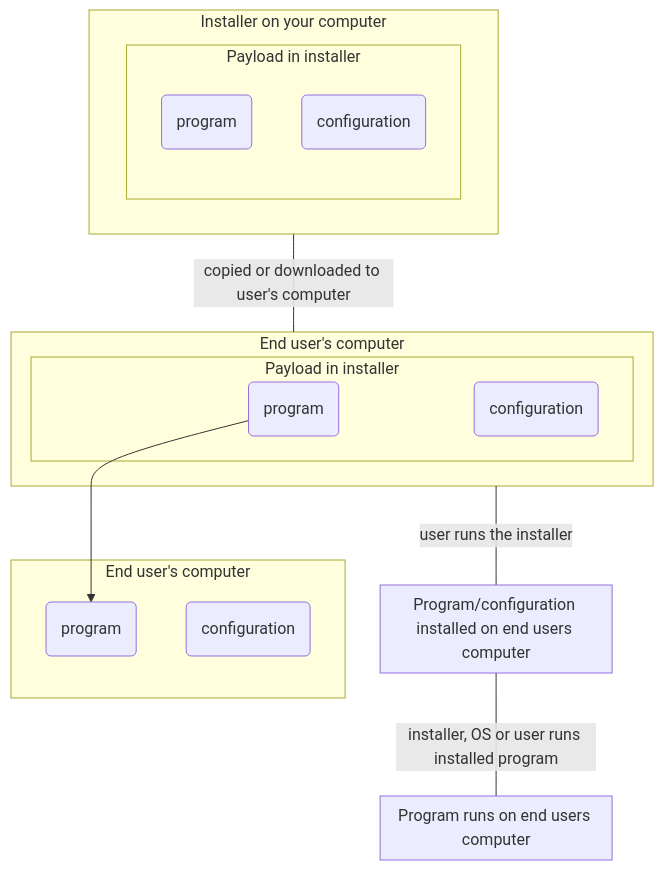
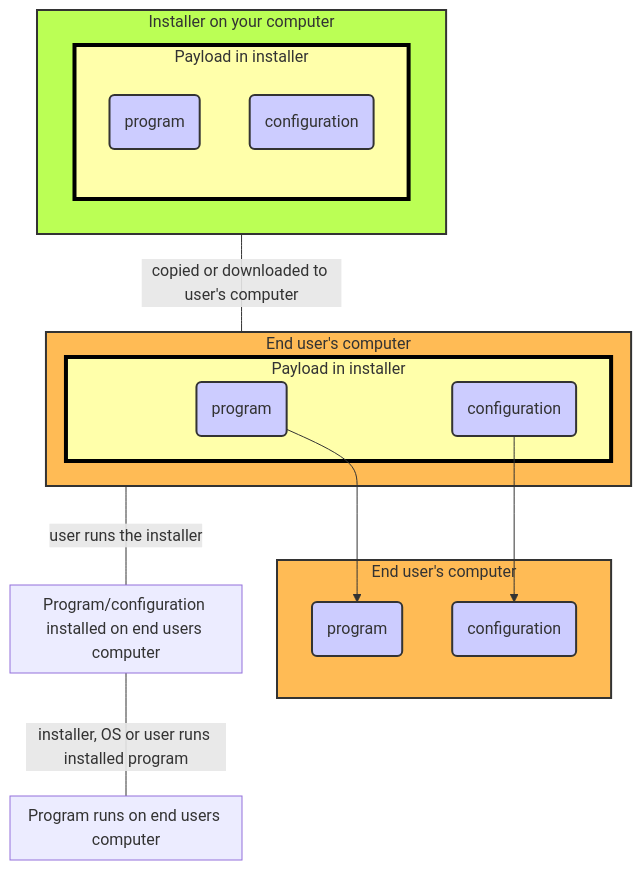
The diagram in README.md (Pauloraff/macInstaller), drawn with Mermaid before and after one commit.

````diff
--- a/README.md
+++ b/README.md
@@ -20,27 +20,40 @@
 ```mermaid
 flowchart TB
+    classDef Computer fill:#f96
     subgraph UsersComputer [End user's computer]
+       style UsersComputer fill:#fb5,stroke:#333,stroke-width:2px
        InstalledExecutables("program")
+       style InstalledExecutables fill:#ccf,stroke:#333,stroke-width:2px
        InstalledConfiguration("configuration")
+       style InstalledConfiguration fill:#ccf,stroke:#333,stroke-width:2px
     end
     subgraph SoftwareRuns [Program runs on end users computer]
     end
     subgraph InstallerPostRun [Program/configuration installed on end users computer]
     end
     subgraph InstallerRunTime [End user's computer]
+       style InstallerRunTime fill:#fb5,stroke:#333,stroke-width:2px
        subgraph RuntimePayload [Payload in installer]
+         style RuntimePayload fill:#ffa,stroke:#000,stroke-width:4px
          RuntimeExecutables("program")
+         style RuntimeExecutables fill:#ccf,stroke:#333,stroke-width:2px
          RuntimeConfiguration("configuration")
+         style RuntimeConfiguration fill:#ccf,stroke:#333,stroke-width:2px
        end
     end
     subgraph InstallerBuildTime [Installer on your computer]
+       style InstallerBuildTime fill:#bf5,stroke:#333,stroke-width:2px
        subgraph BuiltPayload [Payload in installer]
+         style BuiltPayload fill:#ffa,stroke:#000,stroke-width:4px
          BuiltExecutables("program")
+         style BuiltExecutables fill:#ccf,stroke:#333,stroke-width:2px
          BuiltConfiguration("configuration")
+         style BuiltConfiguration fill:#ccf,stroke:#333,stroke-width:2px
        end
     end
     RuntimeExecutables-->InstalledExecutables
+    RuntimeConfiguration-->InstalledConfiguration
     InstallerBuildTime-- copied or downloaded to user's computer ---InstallerRunTime
     InstallerRunTime-- user runs the installer ---InstallerPostRun
     InstallerPostRun-- installer, OS or user runs installed program ---SoftwareRuns
 ```
````
